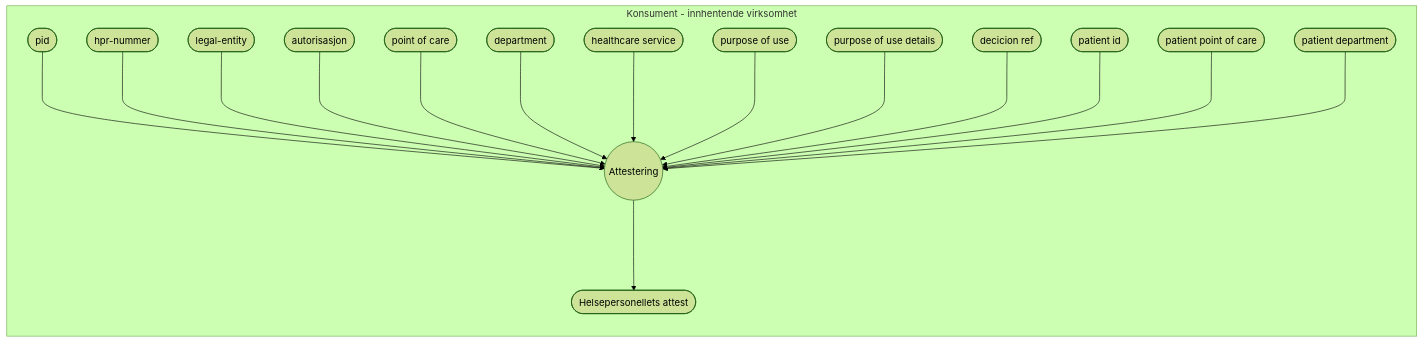
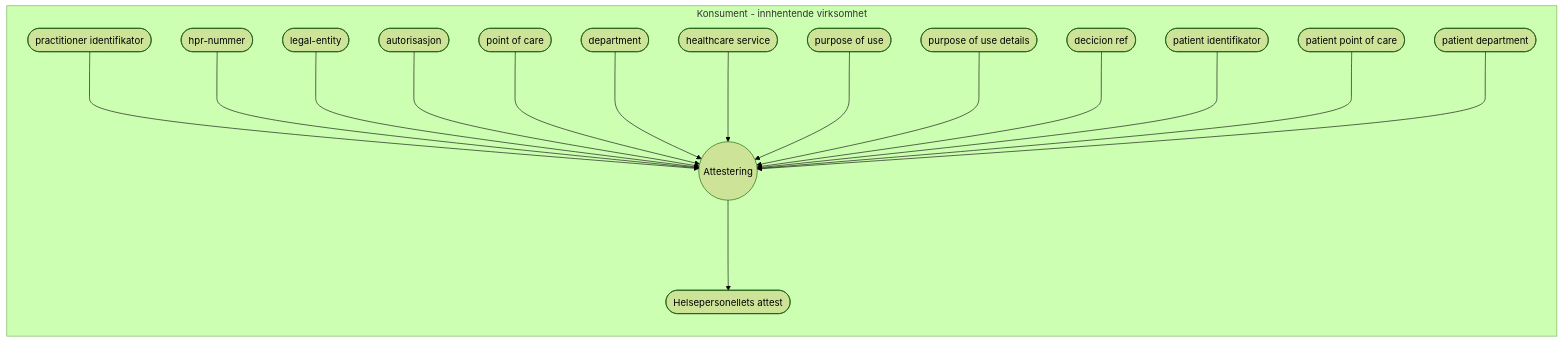
One commit to NorskHelsenett/Tillitsrammeverk changed the third of 3 diagrams in specs/informasjons_og_datamodell.md. Above: the diagram before and after it, drawn with Mermaid (forest theme).

Commit message:
Oppdatert modell

````diff
--- a/specs/informasjons_og_datamodell.md
+++ b/specs/informasjons_og_datamodell.md
@@ -239,40 +239,40 @@
 ```mermaid
 
 flowchart TB
 subgraph Konsument - innhentende virksomhet
 	direction LR
-		pid([pid])
+		pid([practitioner identifikator])
 		hprid([hpr-nummer])		
 		legalEntity([legal-entity])
 		authorization([autorisasjon])
 		poc([point of care])
 		department([department])
 		hcs([healthcare service])
 		pou([purpose of use])
 		poud([purpose of use details])
 		dec([decicion ref])
-		pat_id([patient id])
+		pat_id([patient identifikator])
 		pat_poc([patient point of care])
 		pat_dep([patient department])
 	direction TB
 		consumer_attestation((Attestering))
 		hp_attest([Helsepersonellets attest])
 	
 	pid--->consumer_attestation
 	hprid--->consumer_attestation
 	legalEntity--->consumer_attestation
 	authorization--->consumer_attestation
 	poc--->consumer_attestation
 	department--->consumer_attestation
 	hcs--->consumer_attestation
 	pou--->consumer_attestation
 	poud--->consumer_attestation
 	dec--->consumer_attestation
 	pat_id--->consumer_attestation
 	pat_poc--->consumer_attestation
 	pat_dep--->consumer_attestation
 
 	consumer_attestation--->hp_attest
 
 end
 ```
````
